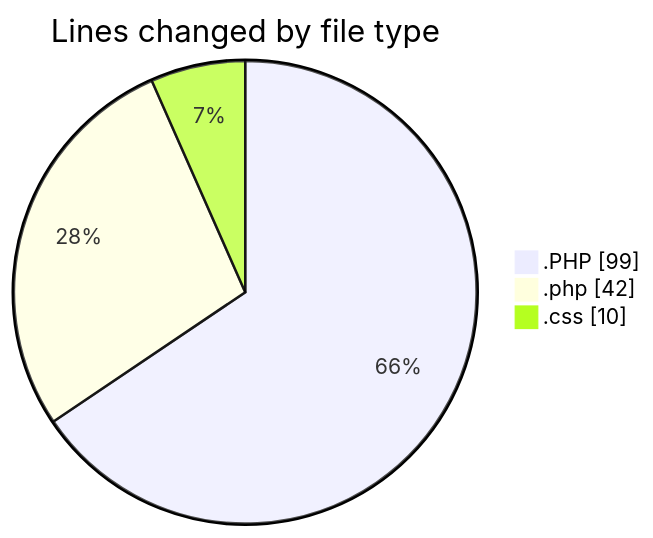
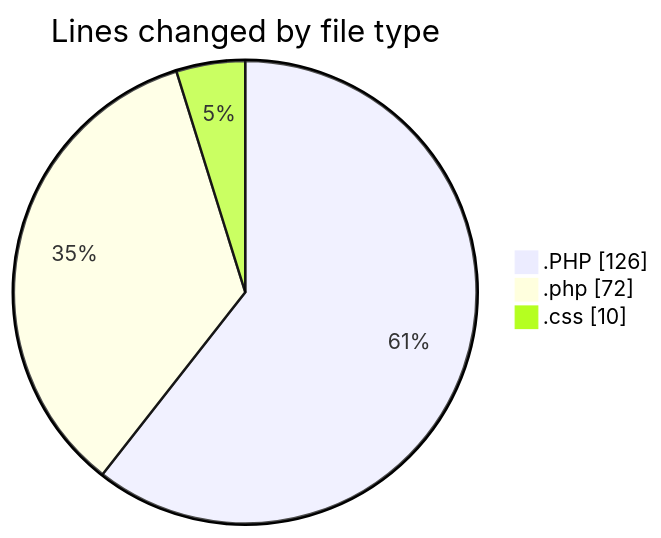
Before and after one commit to LanceThiago/code-tracking: the first of 2 diagrams in 2025-05-15/jogo/README.md, drawn with Mermaid. The commit also changed other lines of this file and 1 other file, not shown here.

````diff
--- a/2025-05-15/jogo/README.md
+++ b/2025-05-15/jogo/README.md
@@ -22,7 +22,7 @@
 ```mermaid
 pie showData
 title Lines changed by file type
-".PHP" : 99
-".php" : 42
+".PHP" : 126
+".php" : 72
 ".css" : 10
 ```
````
